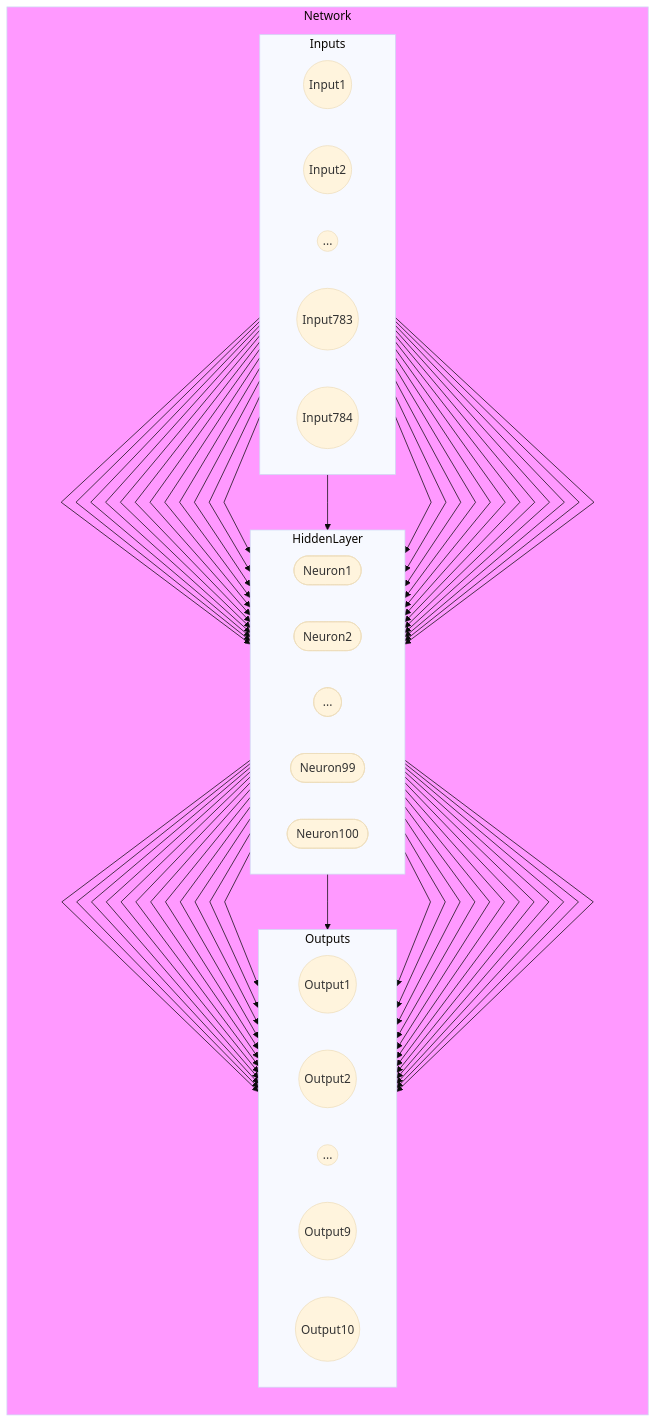
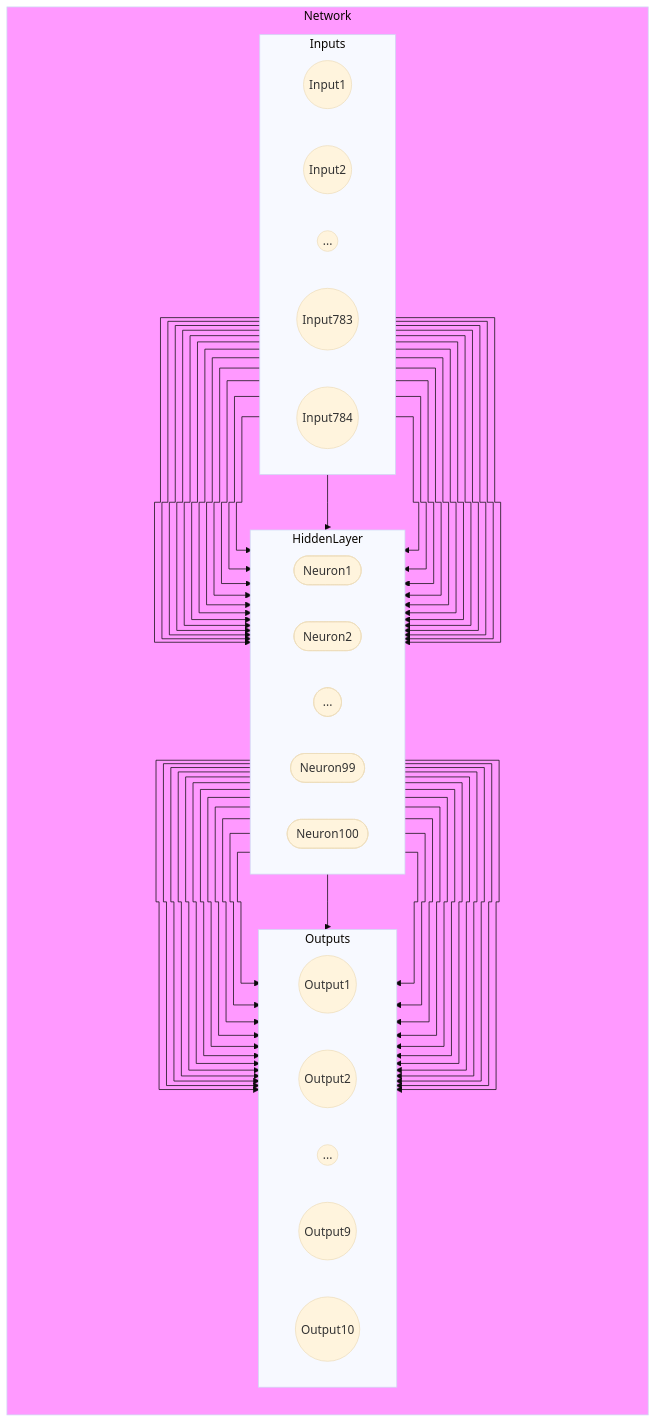
The first of 2 diagrams in notebooks/01_fashionMNIST/README.md (andrelohmann/ai-experiments), drawn with Mermaid (base theme) before and after one commit.

Commit message:
updated Network Graph

````diff
--- a/notebooks/01_fashionMNIST/README.md
+++ b/notebooks/01_fashionMNIST/README.md
@@ -11,47 +11,47 @@
 ```mermaid
-    %%{ init: { 'flowchart': { 'curve': 'linear' } } }%%
+    %%{ init: { 'flowchart': { 'curve': 'step' } } }%%
     flowchart TD
         subgraph Network
             direction TB
             style Network fill:#f9f
             subgraph Inputs
                 direction LR
                 I1((Input1));
                 I2((Input2));
                 Ix((...))
                 I783((Input783));
                 I784((Input784));
             end
 
             subgraph HiddenLayer
                 direction LR
                 N1([Neuron1]);
                 N2([Neuron2]);
                 Nx([...]);
                 N99([Neuron99]);
                 N100([Neuron100]);
             end
 
             subgraph Outputs
                 direction LR
                 O1((Output1));
                 O2((Output2));
                 Ox((...));
                 O9((Output9));
                 O10((Output10));
             end
 
             I1 --> N1 & N2 & Nx & N99 & N100
             I2 --> N1 & N2 & Nx & N99 & N100
             Ix --> N1 & N2 & Nx & N99 & N100
             I783 --> N1 & N2 & Nx & N99 & N100
             I784 --> N1 & N2 & Nx & N99 & N100
 
             N1 --> O1 & O2 & Ox & O9 & O10
             N2 --> O1 & O2 & Ox & O9 & O10
             Nx --> O1 & O2 & Ox & O9 & O10
             N99 --> O1 & O2 & Ox & O9 & O10
             N100 --> O1 & O2 & Ox & O9 & O10
 
         end
 ```
````
